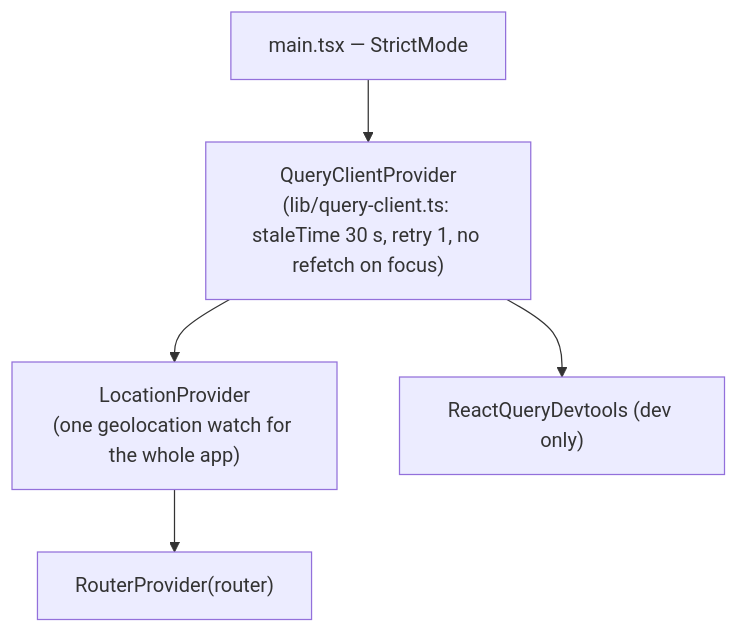
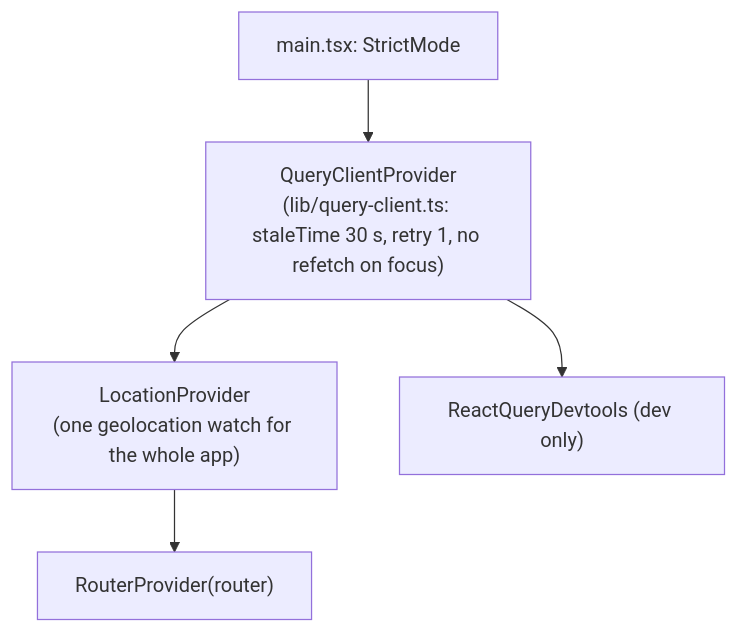
Before and after one commit to samceracas/wildbound: the second of 7 diagrams in docs/06-web-game.md, drawn with Mermaid. The commit also changed other lines of this file and 8 other files, not shown here.

First line of the commit message:
docs(0.3.0): overview, architecture, world model, editor, web game, security and dev guide

````diff
--- a/docs/06-web-game.md
+++ b/docs/06-web-game.md
@@ -69,7 +85,7 @@
 ```mermaid
 flowchart TB
-    root["main.tsx — StrictMode"] --> qcp["QueryClientProvider<br/>(lib/query-client.ts: staleTime 30 s, retry 1, no refetch on focus)"]
+    root["main.tsx: StrictMode"] --> qcp["QueryClientProvider<br/>(lib/query-client.ts: staleTime 30 s, retry 1, no refetch on focus)"]
     qcp --> lp["LocationProvider<br/>(one geolocation watch for the whole app)"]
     lp --> rp["RouterProvider(router)"]
     qcp --> dev["ReactQueryDevtools (dev only)"]
 ```
````
